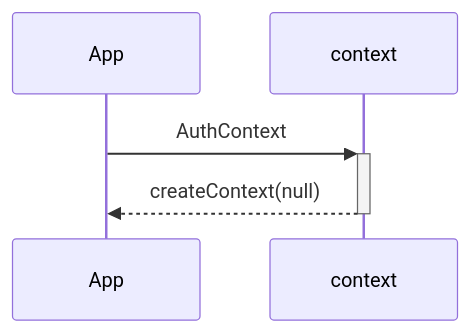
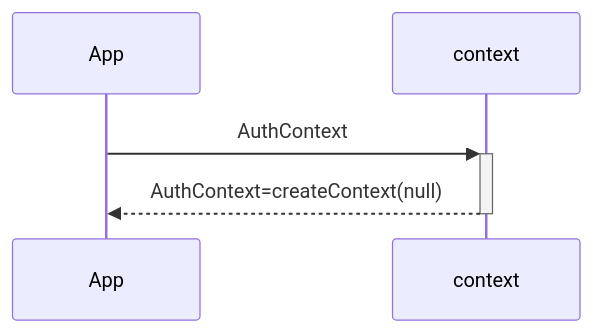
One commit to Freeze35/test-react-project changed the second of 2 diagrams in README.md. Above: the diagram before and after it, drawn with Mermaid. The commit also changed other lines of this file, not shown here.

````diff
--- a/README.md
+++ b/README.md
@@ -125,5 +125,5 @@
 ``` mermaid
    sequenceDiagram;
-    App->>+context: AuthContext;
-    context-->>-App: createContext(null)
+    App->>+context: AuthContext
+    context-->>-App: AuthContext=createContext(null)
 ```
````
